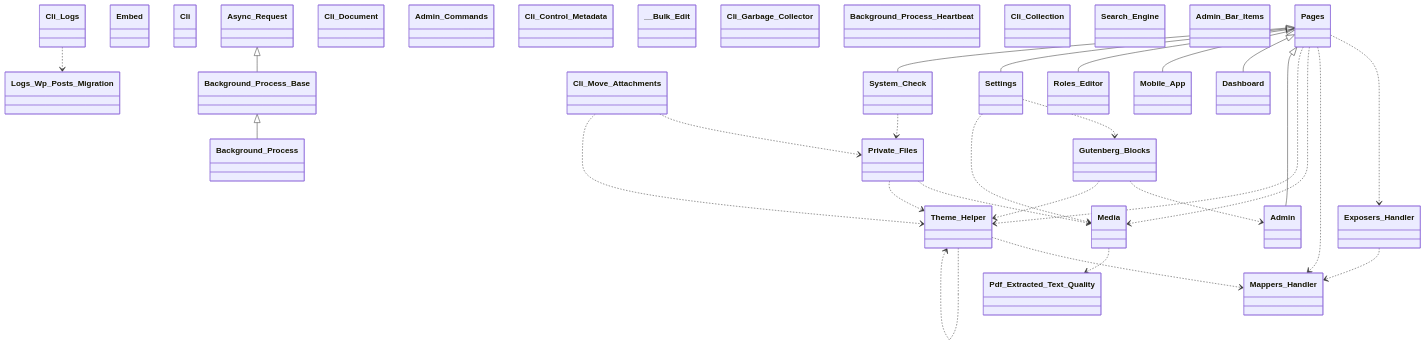
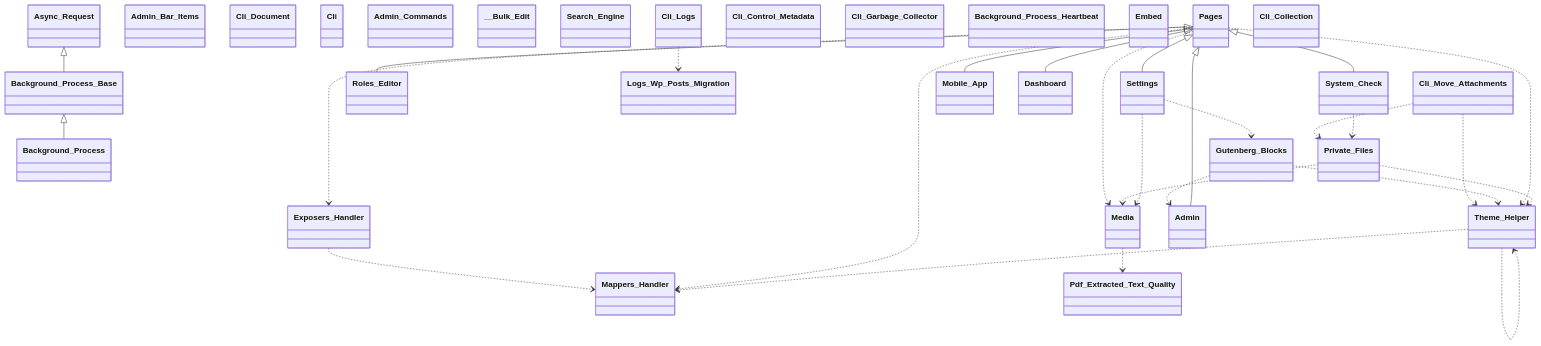
Before and after one commit to tainacan/tainacan: the first of 13 diagrams in docs/phpdoc/Home.md, drawn with Mermaid. The commit also changed other lines of this file and 84 other files, not shown here.

````diff
--- a/docs/phpdoc/Home.md
+++ b/docs/phpdoc/Home.md
@@ -125,61 +125,61 @@
 ```mermaid
 classDiagram
     direction TB
-    class Admin { }
+    class Async_Request { }
+    class Admin_Bar_Items { }
+    class Cli_Document { }
+    class Background_Process { }
+    class Background_Process_Base { }
+    class Cli { }
+    class Mappers_Handler { }
+    class System_Check { }
+    class Gutenberg_Blocks { }
+    class Admin_Commands { }
+    class __Bulk_Edit { }
+    class Roles_Editor { }
+    class Search_Engine { }
     class Logs_Wp_Posts_Migration { }
     class Cli_Logs { }
-    class Roles_Editor { }
-    class Embed { }
-    class Mappers_Handler { }
-    class Cli { }
-    class Cli_Move_Attachments { }
+    class Settings { }
+    class Theme_Helper { }
+    class Cli_Control_Metadata { }
     class Mobile_App { }
-    class Background_Process_Base { }
-    class Gutenberg_Blocks { }
-    class Settings { }
+    class Media { }
+    class Exposers_Handler { }
     class Dashboard { }
-    class Async_Request { }
-    class Exposers_Handler { }
-    class Cli_Document { }
-    class Private_Files { }
-    class Admin_Commands { }
-    class Pdf_Extracted_Text_Quality { }
-    class Theme_Helper { }
-    class System_Check { }
-    class Cli_Control_Metadata { }
-    class __Bulk_Edit { }
     class Cli_Garbage_Collector { }
     class Background_Process_Heartbeat { }
+    class Embed { }
+    class Pages { }
+    class Pdf_Extracted_Text_Quality { }
+    class Cli_Move_Attachments { }
     class Cli_Collection { }
-    class Search_Engine { }
-    class Admin_Bar_Items { }
-    class Background_Process { }
-    class Pages { }
-    class Media { }
+    class Private_Files { }
+    class Admin { }
     Async_Request <|-- Background_Process_Base
     Background_Process_Base <|-- Background_Process
     Cli_Logs ..> Logs_Wp_Posts_Migration
     Cli_Move_Attachments ..> Private_Files
     Cli_Move_Attachments ..> Theme_Helper
     Exposers_Handler ..> Mappers_Handler
     Gutenberg_Blocks ..> Admin
     Gutenberg_Blocks ..> Theme_Helper
     Media ..> Pdf_Extracted_Text_Quality
     Pages ..> Exposers_Handler
     Pages ..> Mappers_Handler
     Pages ..> Media
     Pages ..> Theme_Helper
     Pages <|-- Admin
     Pages <|-- Dashboard
     Pages <|-- Mobile_App
     Pages <|-- Roles_Editor
     Pages <|-- Settings
     Pages <|-- System_Check
     Private_Files ..> Media
     Private_Files ..> Theme_Helper
     Settings ..> Gutenberg_Blocks
     Settings ..> Media
     System_Check ..> Private_Files
     Theme_Helper ..> Mappers_Handler
     Theme_Helper ..> Theme_Helper
 ```
````
